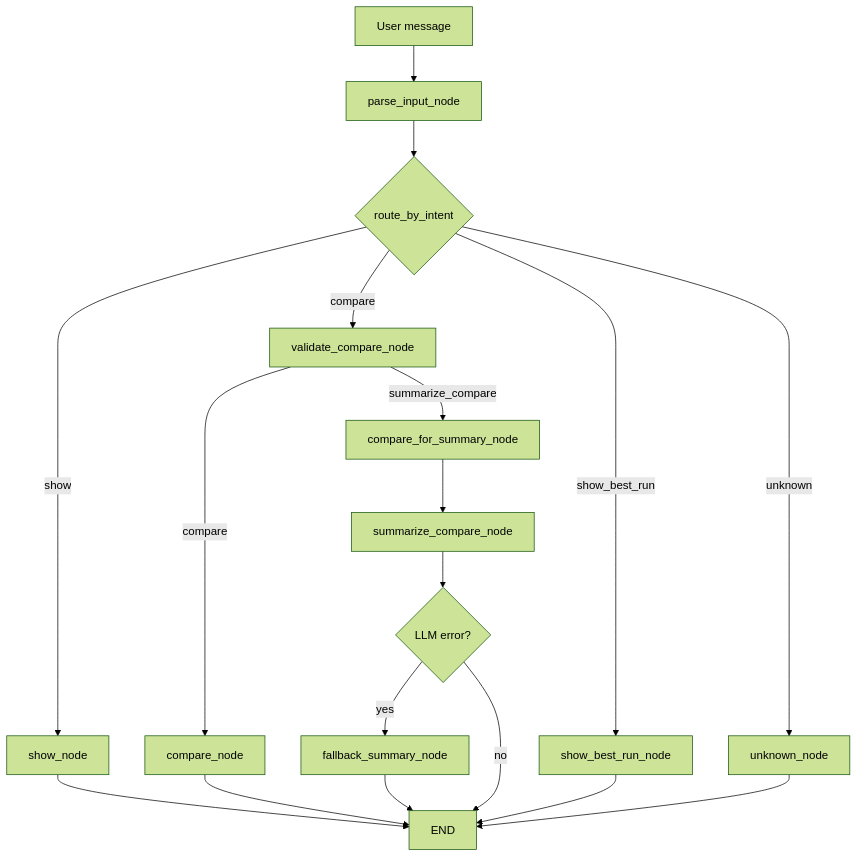
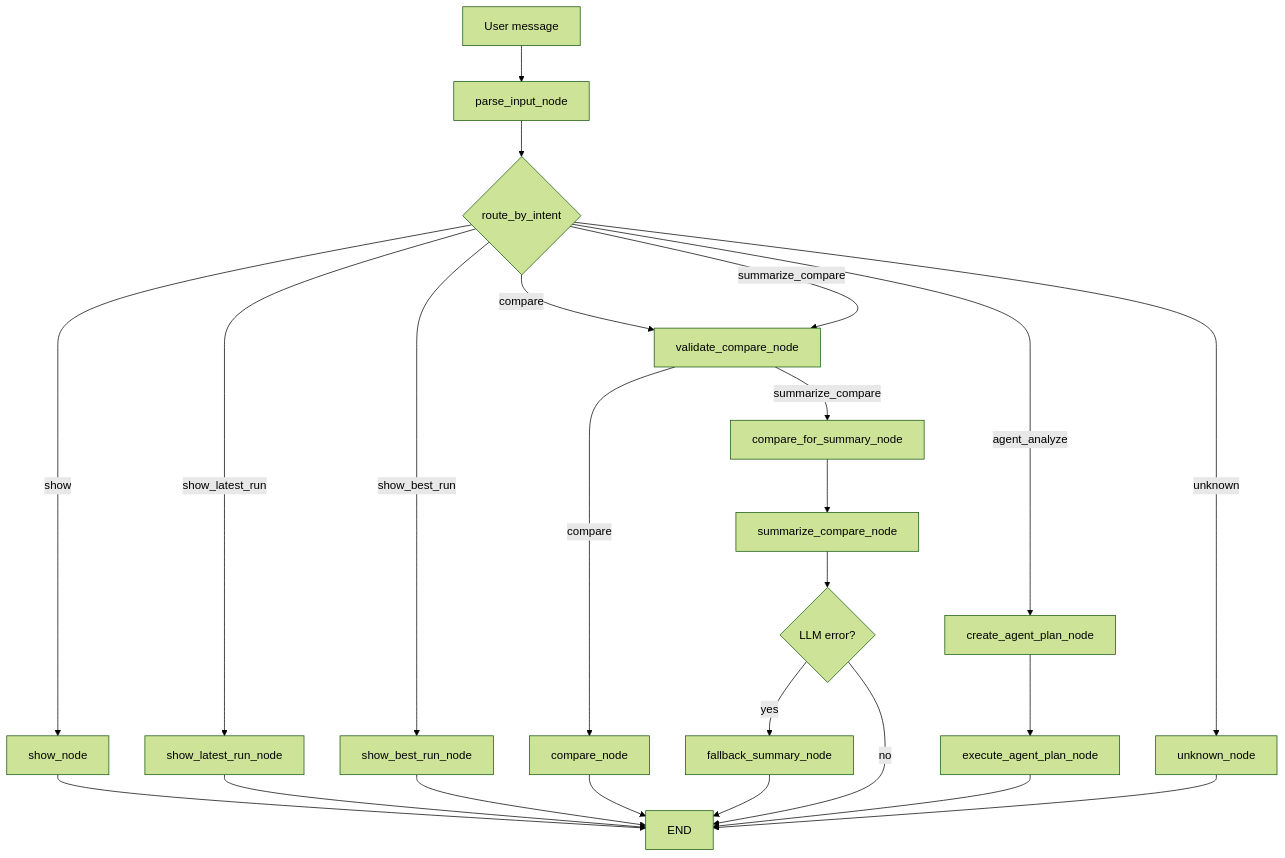
The diagram in docs/architecture.md (ociesinska/MLLabAgent), drawn with Mermaid (forest theme) before and after one commit. The commit also changed 12 other files, not shown here.

````diff
--- a/docs/architecture.md
+++ b/docs/architecture.md
@@ -3,24 +3,30 @@
 ```mermaid
 flowchart TD
     A[User message] --> B[parse_input_node]
     B --> C{route_by_intent}
 
     C -->|show| D[show_node]
-    C -->|compare| E[validate_compare_node]
+    C -->|show_latest_run| E[show_latest_run_node]
     C -->|show_best_run| F[show_best_run_node]
-    C -->|unknown| G[unknown_node]
+    C -->|compare| G[validate_compare_node]
+    C -->|summarize_compare| G
+    C -->|agent_analyze| H[create_agent_plan_node]
+    C -->|unknown| I[unknown_node]
 
-    E -->|compare| H[compare_node]
-    E -->|summarize_compare| I[compare_for_summary_node]
+    G -->|compare| J[compare_node]
+    G -->|summarize_compare| K[compare_for_summary_node]
+    K --> L[summarize_compare_node]
+    L --> M{LLM error?}
+    M -->|yes| N[fallback_summary_node]
+    M -->|no| O[END]
 
-    I --> J[summarize_compare_node]
-    J --> K{LLM error?}
-    K -->|yes| L[fallback_summary_node]
-    K -->|no| M[END]
+    H --> P[execute_agent_plan_node]
 
-    D --> M
-    F --> M
-    G --> M
-    H --> M
-    L --> M
+    D --> O
+    E --> O
+    F --> O
+    I --> O
+    J --> O
+    N --> O
+    P --> O
 ```
````
